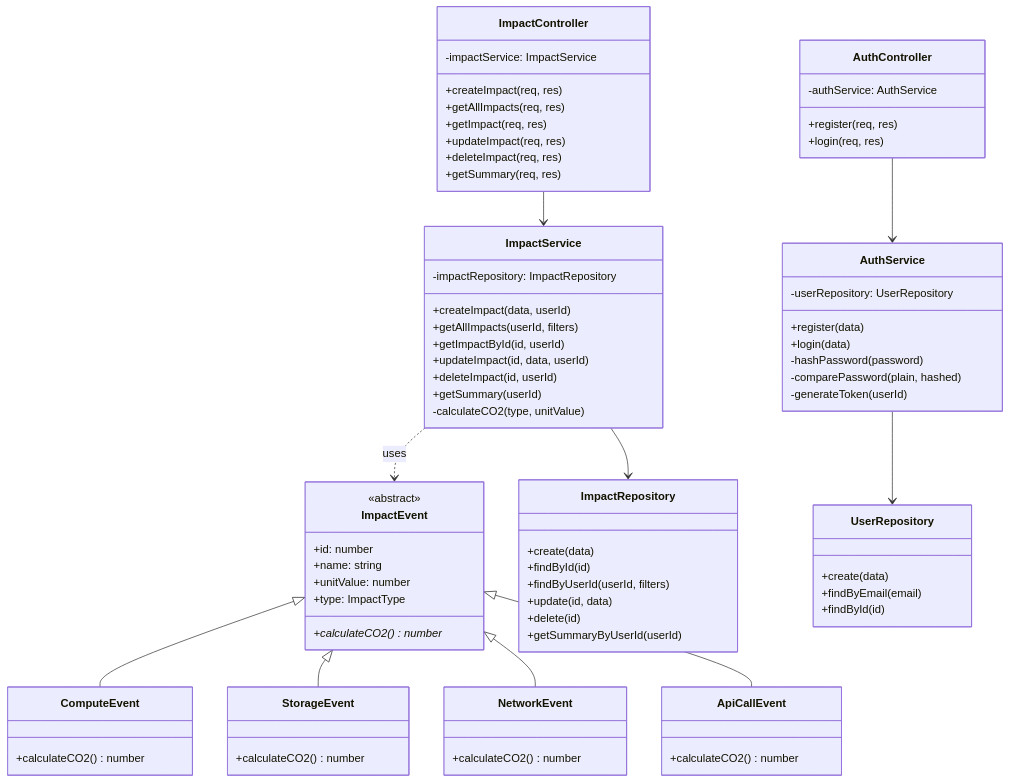
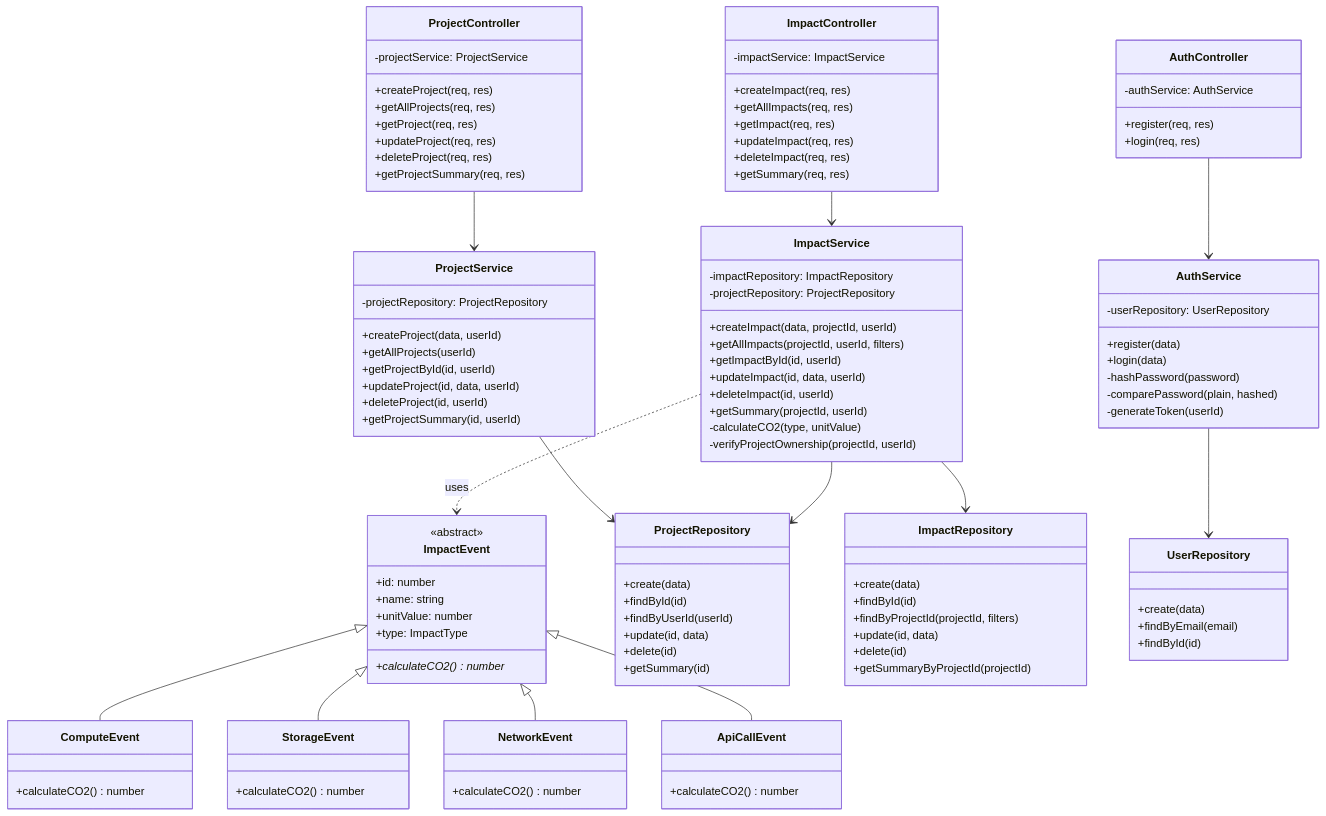
The diagram in README.md (IronwallxR5/GreenPulse), drawn with Mermaid before and after one commit. The commit also changed other lines of this file, not shown here.

Commit message:
updated readme with project docs

````diff
--- a/README.md
+++ b/README.md
@@ -104,23 +108,52 @@
         +type: ImpactType
         +calculateCO2()* number
     }
-    
+
     class ComputeEvent {
         +calculateCO2() number
     }
-    
+
     class StorageEvent {
         +calculateCO2() number
     }
-    
+
     class NetworkEvent {
         +calculateCO2() number
     }
-    
+
     class ApiCallEvent {
         +calculateCO2() number
     }
-    
+
+    class ProjectController {
+        -projectService: ProjectService
+        +createProject(req, res)
+        +getAllProjects(req, res)
+        +getProject(req, res)
+        +updateProject(req, res)
+        +deleteProject(req, res)
+        +getProjectSummary(req, res)
+    }
+
+    class ProjectService {
+        -projectRepository: ProjectRepository
+        +createProject(data, userId)
+        +getAllProjects(userId)
+        +getProjectById(id, userId)
+        +updateProject(id, data, userId)
+        +deleteProject(id, userId)
+        +getProjectSummary(id, userId)
+    }
+
+    class ProjectRepository {
+        +create(data)
+        +findById(id)
+        +findByUserId(userId)
+        +update(id, data)
+        +delete(id)
+        +getSummary(id)
+    }
+
     class ImpactController {
         -impactService: ImpactService
         +createImpact(req, res)
@@ -130,33 +163,35 @@
         +deleteImpact(req, res)
         +getSummary(req, res)
     }
-    
+
     class ImpactService {
         -impactRepository: ImpactRepository
-        +createImpact(data, userId)
-        +getAllImpacts(userId, filters)
+        -projectRepository: ProjectRepository
+        +createImpact(data, projectId, userId)
+        +getAllImpacts(projectId, userId, filters)
         +getImpactById(id, userId)
         +updateImpact(id, data, userId)
         +deleteImpact(id, userId)
-        +getSummary(userId)
+        +getSummary(projectId, userId)
         -calculateCO2(type, unitValue)
+        -verifyProjectOwnership(projectId, userId)
     }
-    
+
     class ImpactRepository {
         +create(data)
         +findById(id)
-        +findByUserId(userId, filters)
+        +findByProjectId(projectId, filters)
         +update(id, data)
         +delete(id)
-        +getSummaryByUserId(userId)
+        +getSummaryByProjectId(projectId)
     }
-    
+
     class AuthController {
         -authService: AuthService
         +register(req, res)
         +login(req, res)
     }
-    
+
     class AuthService {
         -userRepository: UserRepository
         +register(data)
@@ -165,22 +200,26 @@
         -comparePassword(plain, hashed)
         -generateToken(userId)
     }
-    
+
     class UserRepository {
         +create(data)
         +findByEmail(email)
         +findById(id)
     }
-    
+
     ImpactEvent <|-- ComputeEvent
     ImpactEvent <|-- StorageEvent
     ImpactEvent <|-- NetworkEvent
     ImpactEvent <|-- ApiCallEvent
-    
+
+    ProjectController --> ProjectService
+    ProjectService --> ProjectRepository
+
     ImpactController --> ImpactService
     ImpactService --> ImpactRepository
+    ImpactService --> ProjectRepository
     ImpactService ..> ImpactEvent : uses
-    
+
     AuthController --> AuthService
     AuthService --> UserRepository
 ```
````
